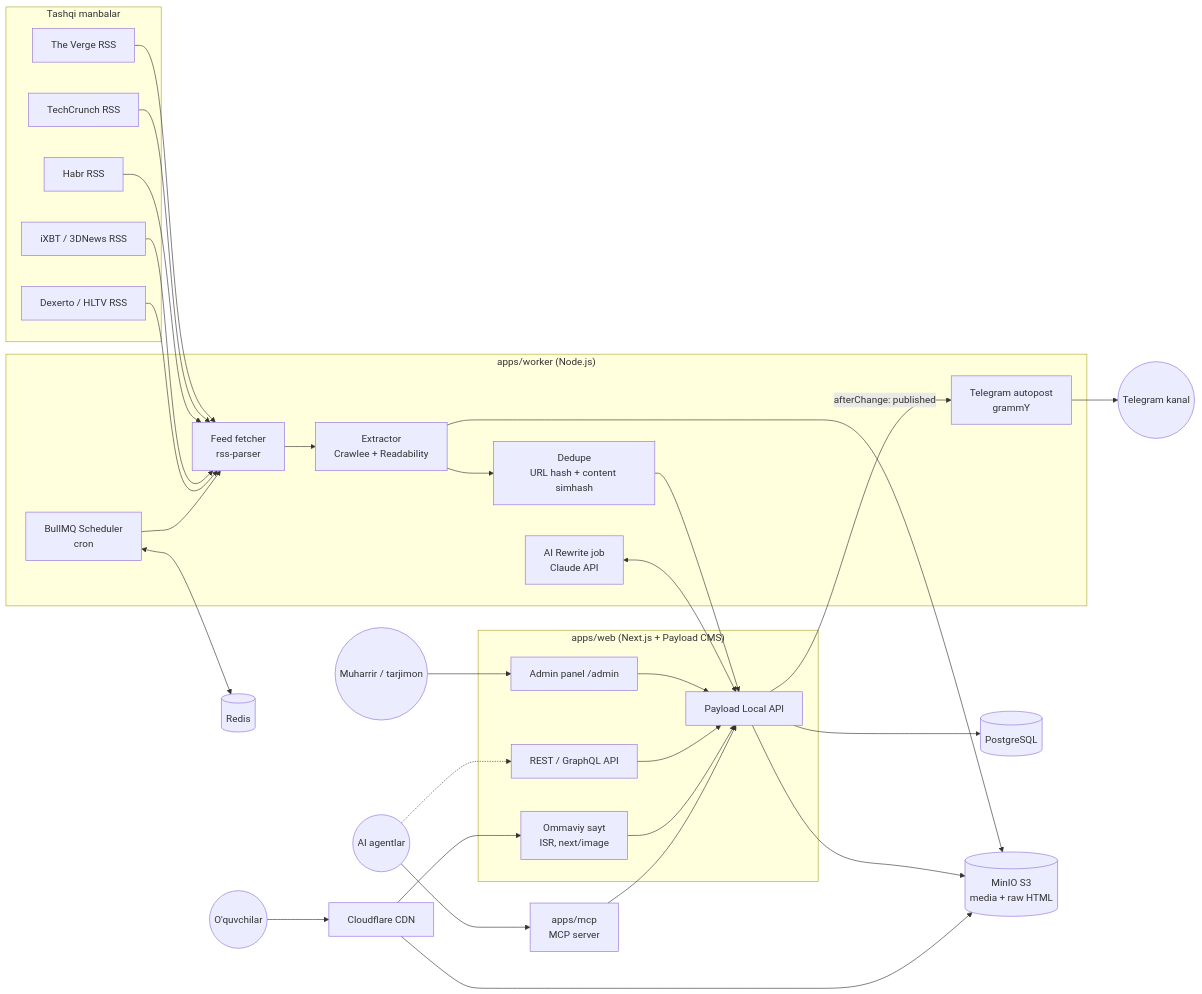
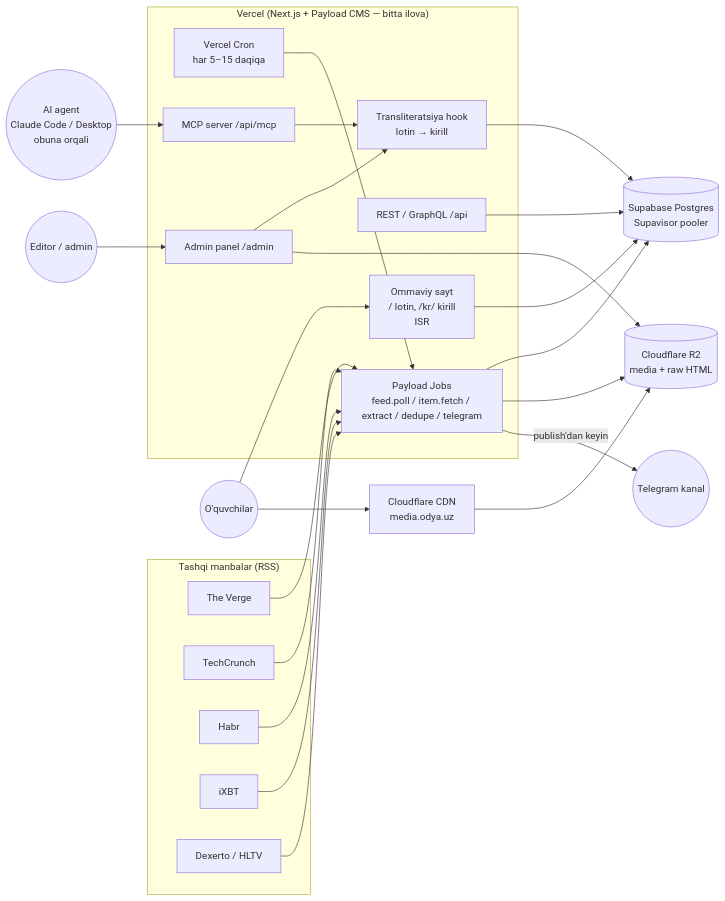
One commit to Odya-LLC/blog_odya changed the first of 3 diagrams in docs/TZ.md. Above: the diagram before and after it, drawn with Mermaid. The commit also changed other lines of this file and 3 other files, not shown here.

````diff
--- a/docs/TZ.md
+++ b/docs/TZ.md
@@ -154,55 +163,42 @@
 ```mermaid
 flowchart LR
-    subgraph Sources["Tashqi manbalar"]
-        RSS1[The Verge RSS]
-        RSS2[TechCrunch RSS]
-        RSS3[Habr RSS]
-        RSS4[iXBT / 3DNews RSS]
-        RSS5[Dexerto / HLTV RSS]
+    subgraph Sources["Tashqi manbalar (RSS)"]
+        S1[The Verge]
+        S2[TechCrunch]
+        S3[Habr]
+        S4[iXBT]
+        S5[Dexerto / HLTV]
     end
 
-    subgraph Worker["apps/worker (Node.js)"]
-        SCH[BullMQ Scheduler<br/>cron]
-        FEED[Feed fetcher<br/>rss-parser]
-        EXT[Extractor<br/>Crawlee + Readability]
-        DED[Dedupe<br/>URL hash + content simhash]
-        AI[AI Rewrite job<br/>Claude API]
-        TG[Telegram autopost<br/>grammY]
+    subgraph Vercel["Vercel (Next.js + Payload CMS — bitta ilova)"]
+        CRON[Vercel Cron<br/>har 5–15 daqiqa]
+        JOBS[Payload Jobs<br/>feed.poll / item.fetch / extract / dedupe / telegram]
+        ADMIN[Admin panel /admin]
+        REST[REST / GraphQL /api]
+        MCP[MCP server /api/mcp]
+        SITE[Ommaviy sayt<br/>/ lotin, /kr/ kirill<br/>ISR]
+        TR[Transliteratsiya hook<br/>lotin → kirill]
     end
 
-    subgraph Core["apps/web (Next.js + Payload CMS)"]
-        ADMIN[Admin panel /admin]
-        REST[REST / GraphQL API]
-        SITE[Ommaviy sayt<br/>ISR, next/image]
-        LAPI[Payload Local API]
-    end
+    PG[(Supabase Postgres<br/>Supavisor pooler)]
+    R2[(Cloudflare R2<br/>media + raw HTML)]
+    CFM[Cloudflare CDN<br/>media.odya.uz]
+    TGC((Telegram kanal))
+    READERS((O'quvchilar))
+    EDITOR((Editor / admin))
+    AGENT((AI agent<br/>Claude Code / Desktop<br/>obuna orqali))
 
-    MCP[apps/mcp<br/>MCP server]
-    PG[(PostgreSQL)]
-    RD[(Redis)]
-    S3[(MinIO S3<br/>media + raw HTML)]
-    CF[Cloudflare CDN]
-    USERS((O'quvchilar))
-    EDIT((Muharrir / tarjimon))
-    AGENT((AI agentlar))
-    TGC((Telegram kanal))
-
-    RSS1 & RSS2 & RSS3 & RSS4 & RSS5 --> FEED
-    SCH --> FEED --> EXT --> DED --> LAPI
-    SCH <--> RD
-    AI <--> LAPI
-    EXT --> S3
-    LAPI --> PG
-    LAPI --> S3
-    ADMIN --> LAPI
-    REST --> LAPI
-    SITE --> LAPI
-    MCP --> LAPI
-    EDIT --> ADMIN
+    CRON --> JOBS
+    S1 & S2 & S3 & S4 & S5 --> JOBS
+    JOBS --> PG
+    JOBS --> R2
+    JOBS -- "publish'dan keyin" --> TGC
+    ADMIN --> TR --> PG
+    MCP --> TR
+    REST --> PG
+    EDITOR --> ADMIN
     AGENT --> MCP
-    AGENT -.-> REST
-    TG --> TGC
-    LAPI -- "afterChange: published" --> TG
-    USERS --> CF --> SITE
-    CF --> S3
+    ADMIN --> R2
+    READERS --> SITE --> PG
+    READERS --> CFM --> R2
 ```
````
